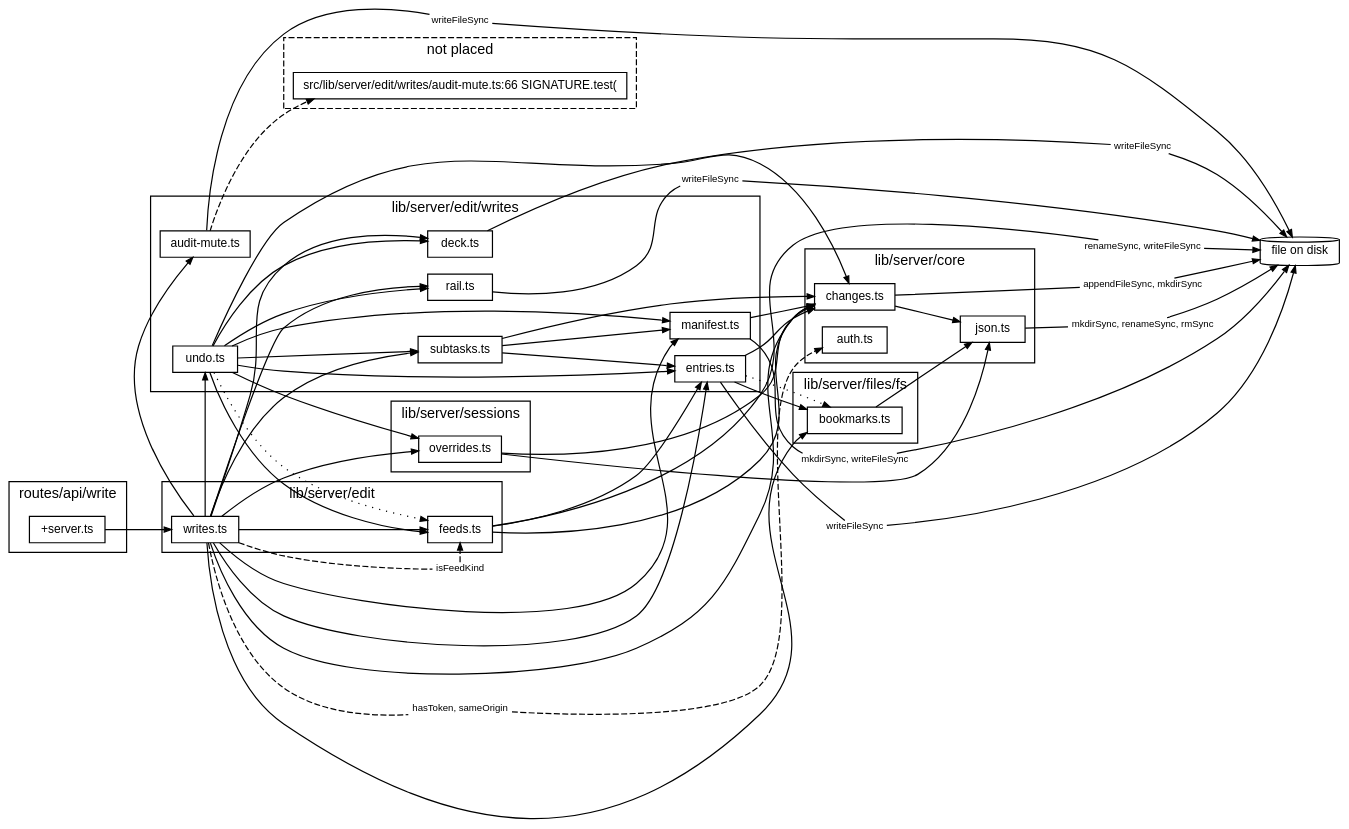
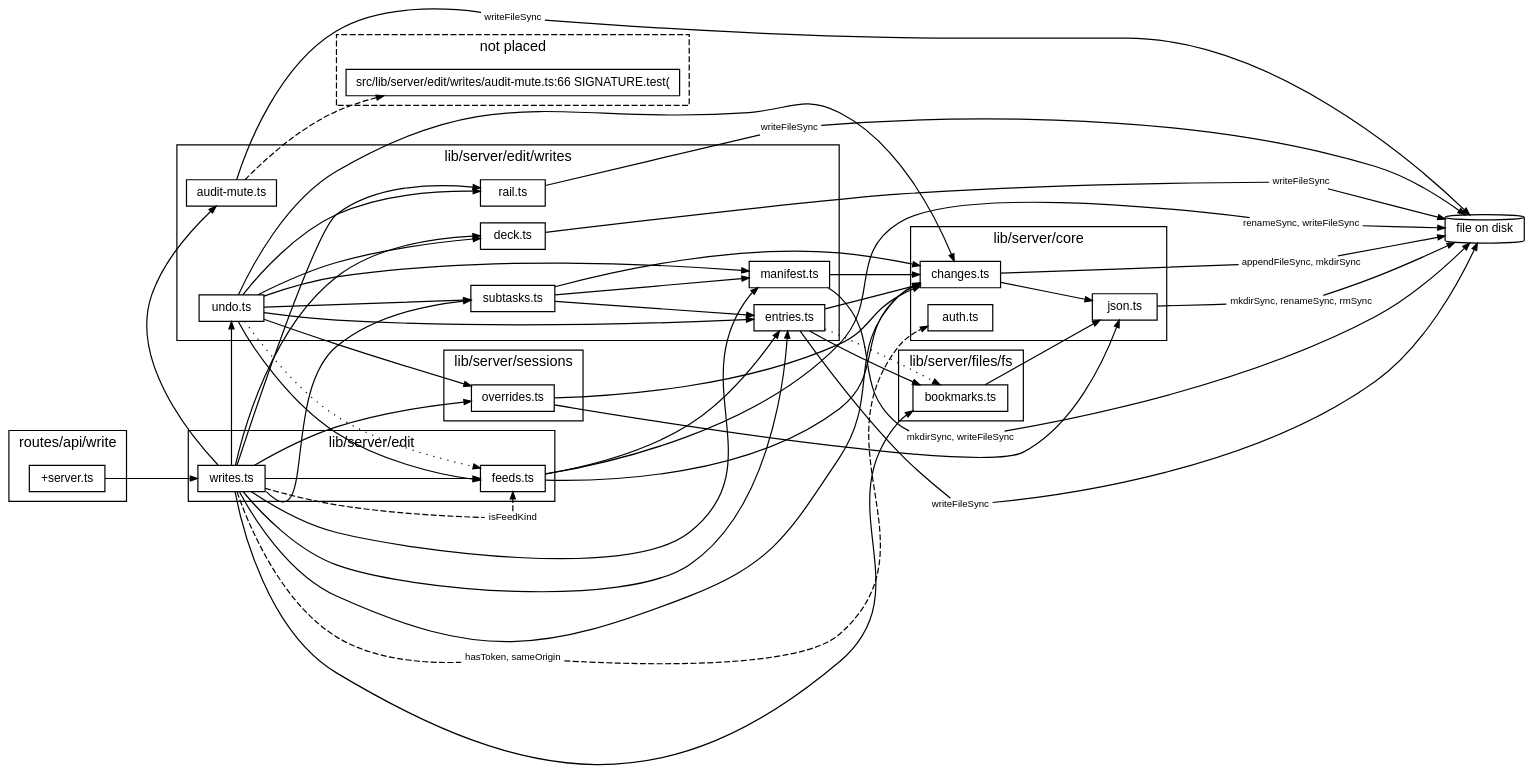
One commit to TheAxeC/oculus changed the diagram in docs/diagrams/writes.dot. Above: the diagram before and after it, drawn with Graphviz. The commit also changed 33 other files, not shown here.

First line of the commit message:
Land Q74: the layer diagrams readable with every count clear

```diff
--- a/docs/diagrams/writes.dot
+++ b/docs/diagrams/writes.dot
@@ -1,115 +1,115 @@
 digraph writes {
-    graph [bgcolor="transparent", rankdir=LR, fontname="Helvetica,Arial,sans-serif", fontsize=12, nodesep=0.2, ranksep=0.5];
+    graph [bgcolor="transparent", rankdir=LR, fontname="Helvetica,Arial,sans-serif", fontsize=12, nodesep=0.2, ranksep=0.8];
     node [shape=box, color="black", fontcolor="black", fontname="Helvetica,Arial,sans-serif", fontsize=10, height=0.3, margin="0.12,0.04"];
     edge [color="black", fontcolor="black", fontname="Helvetica,Arial,sans-serif", fontsize=8, arrowsize=0.6];
     subgraph "cluster_lib/server/core" {
         label="lib/server/core"; style=solid;
         "lib/server/core/auth.ts" [label="auth.ts"];
         "lib/server/core/changes.ts" [label="changes.ts"];
         "lib/server/core/json.ts" [label="json.ts"];
     }
     subgraph "cluster_lib/server/edit" {
         label="lib/server/edit"; style=solid;
         "lib/server/edit/feeds.ts" [label="feeds.ts"];
         "lib/server/edit/writes.ts" [label="writes.ts"];
     }
     subgraph "cluster_lib/server/edit/writes" {
         label="lib/server/edit/writes"; style=solid;
         "lib/server/edit/writes/audit-mute.ts" [label="audit-mute.ts"];
         "lib/server/edit/writes/deck.ts" [label="deck.ts"];
         "lib/server/edit/writes/entries.ts" [label="entries.ts"];
         "lib/server/edit/writes/manifest.ts" [label="manifest.ts"];
         "lib/server/edit/writes/rail.ts" [label="rail.ts"];
         "lib/server/edit/writes/subtasks.ts" [label="subtasks.ts"];
         "lib/server/edit/writes/undo.ts" [label="undo.ts"];
     }
     subgraph "cluster_lib/server/files/fs" {
         label="lib/server/files/fs"; style=solid;
         "lib/server/files/fs/bookmarks.ts" [label="bookmarks.ts"];
     }
     subgraph "cluster_lib/server/sessions" {
         label="lib/server/sessions"; style=solid;
         "lib/server/sessions/overrides.ts" [label="overrides.ts"];
     }
     subgraph "cluster_routes/api/write" {
         label="routes/api/write"; style=solid;
         "routes/api/write/+server.ts" [label="+server.ts"];
     }
     subgraph "cluster_lost" {
         label="not placed"; style=dashed;
         "? src/lib/server/edit/writes/audit-mute.ts:66" [label="src/lib/server/edit/writes/audit-mute.ts:66 SIGNATURE.test("];
     }
     "file on disk" [shape=cylinder];
     "lib/server/core/changes.ts to file on disk (calls)" [label="appendFileSync, mkdirSync", shape=box, color="transparent", fontsize=8, width=0, height=0, margin="0.04,0.02"];
     "lib/server/core/changes.ts" -> "lib/server/core/changes.ts to file on disk (calls)" [arrowhead=none];
     "lib/server/core/changes.ts to file on disk (calls)" -> "file on disk" [];
     "lib/server/core/changes.ts" -> "lib/server/core/json.ts" [tooltip="writeTextAtomic"];
     "lib/server/core/json.ts to file on disk (calls)" [label="mkdirSync, renameSync, rmSync", shape=box, color="transparent", fontsize=8, width=0, height=0, margin="0.04,0.02"];
     "lib/server/core/json.ts" -> "lib/server/core/json.ts to file on disk (calls)" [arrowhead=none];
     "lib/server/core/json.ts to file on disk (calls)" -> "file on disk" [];
     "lib/server/edit/feeds.ts to file on disk (calls)" [label="renameSync, writeFileSync", shape=box, color="transparent", fontsize=8, width=0, height=0, margin="0.04,0.02"];
     "lib/server/edit/feeds.ts" -> "lib/server/edit/feeds.ts to file on disk (calls)" [arrowhead=none];
     "lib/server/edit/feeds.ts to file on disk (calls)" -> "file on disk" [];
     "lib/server/edit/feeds.ts" -> "lib/server/core/changes.ts" [tooltip="plain"];
     "lib/server/edit/feeds.ts" -> "lib/server/edit/writes/entries.ts" [tooltip="saved"];
     "lib/server/edit/writes.ts to lib/server/core/auth.ts (refuses)" [label="hasToken, sameOrigin", shape=box, color="transparent", fontsize=8, width=0, height=0, margin="0.04,0.02"];
     "lib/server/edit/writes.ts" -> "lib/server/edit/writes.ts to lib/server/core/auth.ts (refuses)" [arrowhead=none, style=dashed];
     "lib/server/edit/writes.ts to lib/server/core/auth.ts (refuses)" -> "lib/server/core/auth.ts" [style=dashed];
     "lib/server/edit/writes.ts" -> "lib/server/core/changes.ts" [tooltip="changeAt, defaultChangesPath, logChanges
 pathOf"];
     "lib/server/edit/writes.ts" -> "lib/server/edit/feeds.ts" [tooltip="addLead, addLinkedinIdea, deleteFeedEntry
 markLinkedinPosted, writeFeedField"];
     "lib/server/edit/writes.ts to lib/server/edit/feeds.ts (refuses)" [label="isFeedKind", shape=box, color="transparent", fontsize=8, width=0, height=0, margin="0.04,0.02"];
     "lib/server/edit/writes.ts" -> "lib/server/edit/writes.ts to lib/server/edit/feeds.ts (refuses)" [arrowhead=none, style=dashed];
     "lib/server/edit/writes.ts to lib/server/edit/feeds.ts (refuses)" -> "lib/server/edit/feeds.ts" [style=dashed];
     "lib/server/edit/writes.ts" -> "lib/server/edit/writes/audit-mute.ts" [tooltip="writeMute"];
     "lib/server/edit/writes.ts" -> "lib/server/edit/writes/deck.ts" [tooltip="writeDeck"];
     "lib/server/edit/writes.ts" -> "lib/server/edit/writes/entries.ts" [tooltip="createEntry, removeEntry, reorderCollection
 writeEntry"];
     "lib/server/edit/writes.ts" -> "lib/server/edit/writes/manifest.ts" [tooltip="createIdea, writeManifest"];
     "lib/server/edit/writes.ts" -> "lib/server/edit/writes/rail.ts" [tooltip="writeRail"];
-    "lib/server/edit/writes.ts" -> "lib/server/edit/writes/subtasks.ts" [tooltip="writeHost, writeSubtask, writeSubtaskAdd"];
+    "lib/server/edit/writes.ts" -> "lib/server/edit/writes/subtasks.ts" [tailport=se, tooltip="writeHost, writeSubtask, writeSubtaskAdd"];
     "lib/server/edit/writes.ts" -> "lib/server/edit/writes/undo.ts" [tooltip="undoChange"];
     "lib/server/edit/writes.ts" -> "lib/server/files/fs/bookmarks.ts" [tooltip="defaultBookmarksPath"];
     "lib/server/edit/writes.ts" -> "lib/server/sessions/overrides.ts" [tooltip="setHidden, setOverride"];
     "lib/server/edit/writes/audit-mute.ts" -> "? src/lib/server/edit/writes/audit-mute.ts:66" [style=dashed];
     "lib/server/edit/writes/audit-mute.ts to file on disk (calls)" [label="writeFileSync", shape=box, color="transparent", fontsize=8, width=0, height=0, margin="0.04,0.02"];
     "lib/server/edit/writes/audit-mute.ts" -> "lib/server/edit/writes/audit-mute.ts to file on disk (calls)" [arrowhead=none];
     "lib/server/edit/writes/audit-mute.ts to file on disk (calls)" -> "file on disk" [];
     "lib/server/edit/writes/deck.ts to file on disk (calls)" [label="writeFileSync", shape=box, color="transparent", fontsize=8, width=0, height=0, margin="0.04,0.02"];
     "lib/server/edit/writes/deck.ts" -> "lib/server/edit/writes/deck.ts to file on disk (calls)" [arrowhead=none];
     "lib/server/edit/writes/deck.ts to file on disk (calls)" -> "file on disk" [];
     "lib/server/edit/writes/entries.ts to file on disk (calls)" [label="writeFileSync", shape=box, color="transparent", fontsize=8, width=0, height=0, margin="0.04,0.02"];
     "lib/server/edit/writes/entries.ts" -> "lib/server/edit/writes/entries.ts to file on disk (calls)" [arrowhead=none];
     "lib/server/edit/writes/entries.ts to file on disk (calls)" -> "file on disk" [];
     "lib/server/edit/writes/entries.ts" -> "lib/server/core/changes.ts" [tooltip="plain"];
     "lib/server/edit/writes/entries.ts" -> "lib/server/files/fs/bookmarks.ts" [tooltip="ensureBookmarksFile"];
     "lib/server/edit/writes/entries.ts" -> "lib/server/files/fs/bookmarks.ts" [tooltip="BOOKMARKS", style=dotted];
     "lib/server/edit/writes/manifest.ts to file on disk (calls)" [label="mkdirSync, writeFileSync", shape=box, color="transparent", fontsize=8, width=0, height=0, margin="0.04,0.02"];
     "lib/server/edit/writes/manifest.ts" -> "lib/server/edit/writes/manifest.ts to file on disk (calls)" [arrowhead=none];
     "lib/server/edit/writes/manifest.ts to file on disk (calls)" -> "file on disk" [];
     "lib/server/edit/writes/manifest.ts" -> "lib/server/core/changes.ts" [tooltip="plain"];
     "lib/server/edit/writes/rail.ts to file on disk (calls)" [label="writeFileSync", shape=box, color="transparent", fontsize=8, width=0, height=0, margin="0.04,0.02"];
     "lib/server/edit/writes/rail.ts" -> "lib/server/edit/writes/rail.ts to file on disk (calls)" [arrowhead=none];
     "lib/server/edit/writes/rail.ts to file on disk (calls)" -> "file on disk" [];
     "lib/server/edit/writes/subtasks.ts" -> "lib/server/core/changes.ts" [tooltip="plain"];
     "lib/server/edit/writes/subtasks.ts" -> "lib/server/edit/writes/entries.ts" [tooltip="identityOf, readCollection, saved"];
     "lib/server/edit/writes/subtasks.ts" -> "lib/server/edit/writes/manifest.ts" [tooltip="insideHub"];
     "lib/server/edit/writes/undo.ts" -> "lib/server/core/changes.ts" [tooltip="same"];
     "lib/server/edit/writes/undo.ts" -> "lib/server/edit/feeds.ts" [tooltip="deleteFeedEntry, isFeedKind, readFeedFile
 restoreFeedEntry, writeFeedField"];
     "lib/server/edit/writes/undo.ts" -> "lib/server/edit/feeds.ts" [tooltip="FEED_RULES", style=dotted];
     "lib/server/edit/writes/undo.ts" -> "lib/server/edit/writes/deck.ts" [tooltip="deckNow, writeDeck"];
     "lib/server/edit/writes/undo.ts" -> "lib/server/edit/writes/entries.ts" [tooltip="createEntry, entryOf, idOfIdentity
 identityOrder, readCollection, removeEntry
 reorderCollection, writeEntry"];
     "lib/server/edit/writes/undo.ts" -> "lib/server/edit/writes/manifest.ts" [tooltip="manifestValue, writeManifest"];
     "lib/server/edit/writes/undo.ts" -> "lib/server/edit/writes/rail.ts" [tooltip="railNow, writeRail"];
     "lib/server/edit/writes/undo.ts" -> "lib/server/edit/writes/subtasks.ts" [tooltip="hostStatus, restoreSubtask, subtaskValue
 writeHost, writeSubtask, writeSubtaskAdd"];
     "lib/server/edit/writes/undo.ts" -> "lib/server/sessions/overrides.ts" [tooltip="overrides, setHidden, setOverride"];
     "lib/server/files/fs/bookmarks.ts" -> "lib/server/core/json.ts" [tooltip="writeTextAtomic"];
     "lib/server/sessions/overrides.ts" -> "lib/server/core/changes.ts" [tooltip="plain"];
     "lib/server/sessions/overrides.ts" -> "lib/server/core/json.ts" [tooltip="readJson, writeJsonAtomic"];
     "routes/api/write/+server.ts" -> "lib/server/edit/writes.ts" [tooltip="handleWrite, target"];
 }
```
